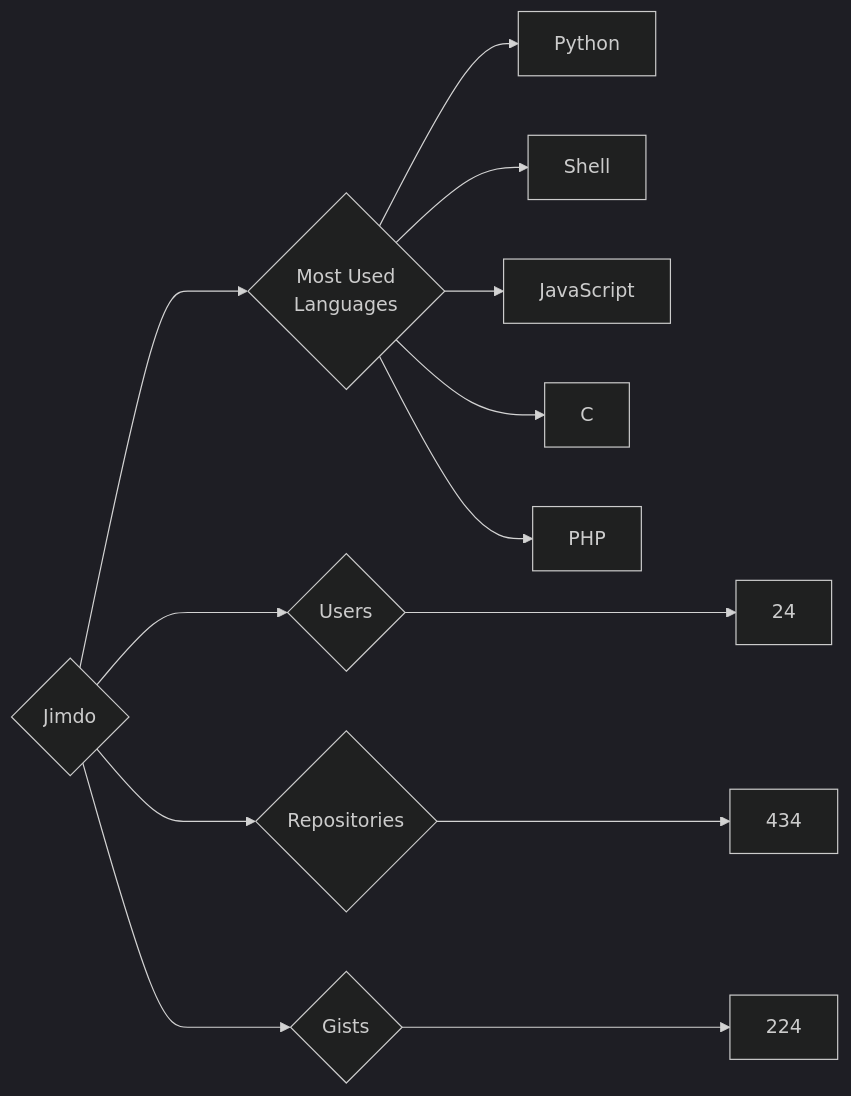
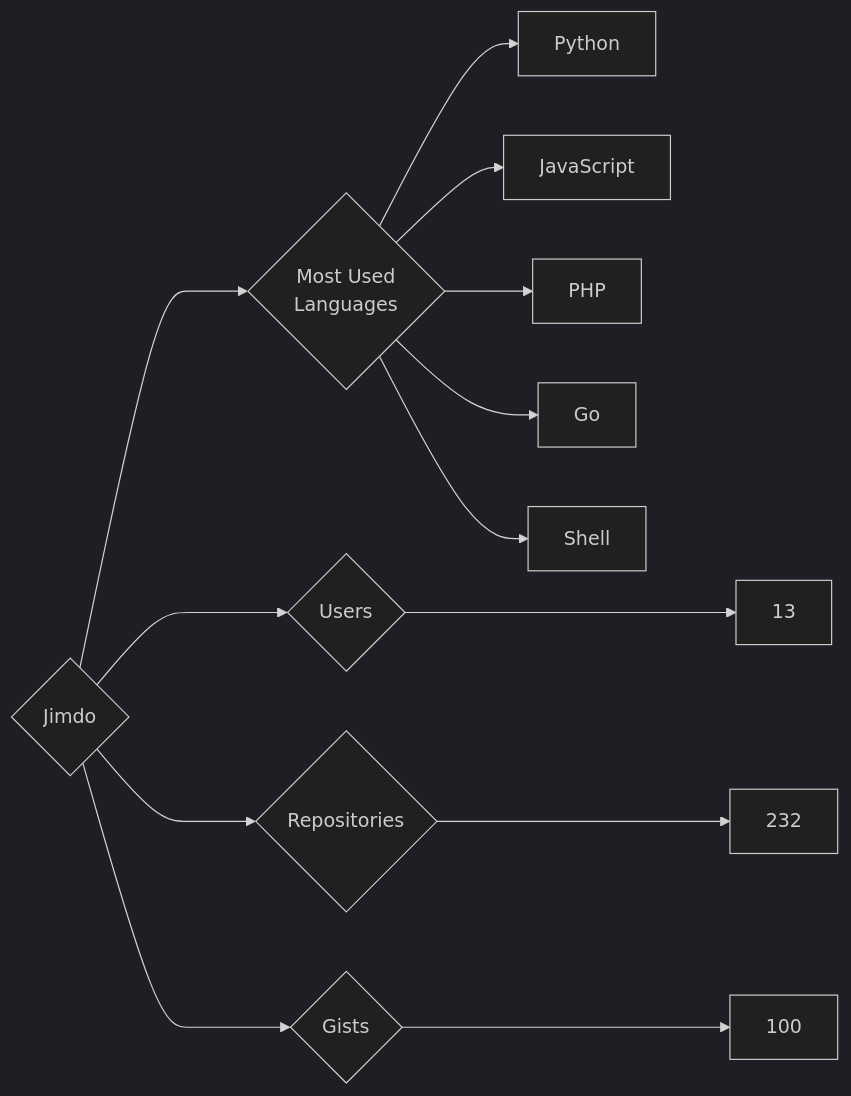
The diagram in targets/Jimdo/README.md (trickest/insiders), drawn with Mermaid (dark theme) before and after one commit. The commit also changed 826 other files, not shown here.

````diff
--- a/targets/Jimdo/README.md
+++ b/targets/Jimdo/README.md
@@ -3,13 +3,13 @@
 ```mermaid
 graph LR
 COMPANY_NAME{Jimdo}
-COMPANY_NAME ---> U{Users} ---> UN[24]
-COMPANY_NAME ---> R{Repositories} ---> RN[434]
-COMPANY_NAME ---> G{Gists} ---> GN[224]
+COMPANY_NAME ---> U{Users} ---> UN[13]
+COMPANY_NAME ---> R{Repositories} ---> RN[232]
+COMPANY_NAME ---> G{Gists} ---> GN[100]
 COMPANY_NAME ---> ML{Most Used<br>Languages}
 ML --> Python[Python]
+ML --> JavaScript[JavaScript]
+ML --> PHP[PHP]
+ML --> Go[Go]
 ML --> Shell[Shell]
-ML --> JavaScript[JavaScript]
-ML --> C[C]
-ML --> PHP[PHP]
 ```
````
